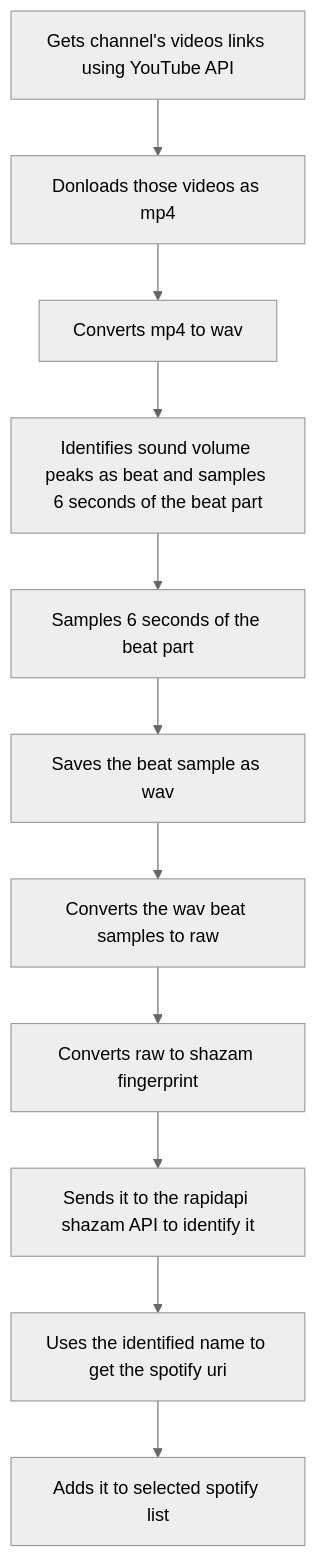
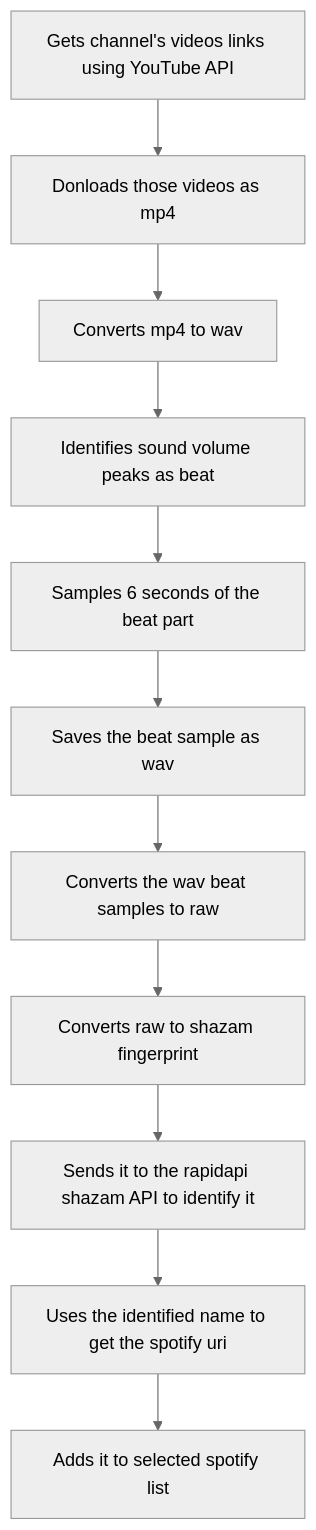
The diagram in README.md (GeorgeGerontakis/Boring-Beat-Flow), drawn with Mermaid (neutral theme) before and after one commit.

````diff
--- a/README.md
+++ b/README.md
@@ -18,13 +18,13 @@
 ```mermaid
 graph TD;
     A[Gets channel's videos links using YouTube API]-->B[Donloads those videos as mp4];
     B-->C[Converts mp4 to wav]
-    C-->D[Identifies sound volume peaks as beat and samples 6 seconds of the beat part]
+    C-->D[Identifies sound volume peaks as beat]
     D-->E[Samples 6 seconds of the beat part]
     E-->F[Saves the beat sample as wav]
     F-->G[Converts the wav beat samples to raw]
     G-->H[Converts raw to shazam fingerprint]
     H-->I[Sends it to the rapidapi shazam API to identify it]
     I-->J[Uses the identified name to get the spotify uri]
     J-->K[Adds it to selected spotify list]
 ```
````
